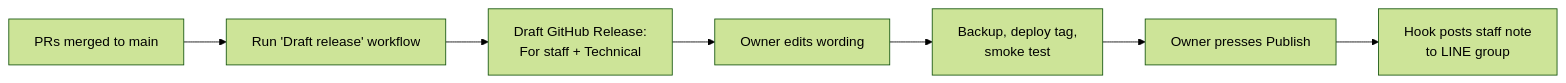
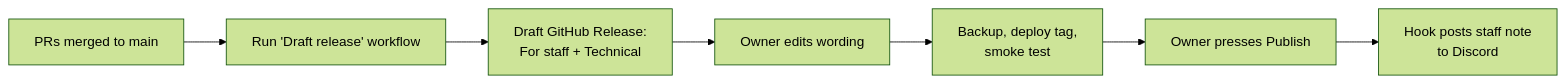
One commit to jadedh385/cucumber changed the diagram in docs/roadmap/release-process.md. Above: the diagram before and after it, drawn with Mermaid (forest theme). The commit also changed other lines of this file and 4 other files, not shown here.

First line of the commit message:
docs: send release staff notes to Discord instead of LINE

````diff
--- a/docs/roadmap/release-process.md
+++ b/docs/roadmap/release-process.md
@@ -47,9 +47,9 @@
 ```mermaid
 flowchart LR
   A[PRs merged to main] --> B[Run 'Draft release' workflow]
   B --> C[Draft GitHub Release:<br/>For staff + Technical]
   C --> D[Owner edits wording]
   D --> E[Backup, deploy tag,<br/>smoke test]
   E --> F[Owner presses Publish]
-  F --> G[Hook posts staff note<br/>to LINE group]
+  F --> G[Hook posts staff note<br/>to Discord]
 ```
````
